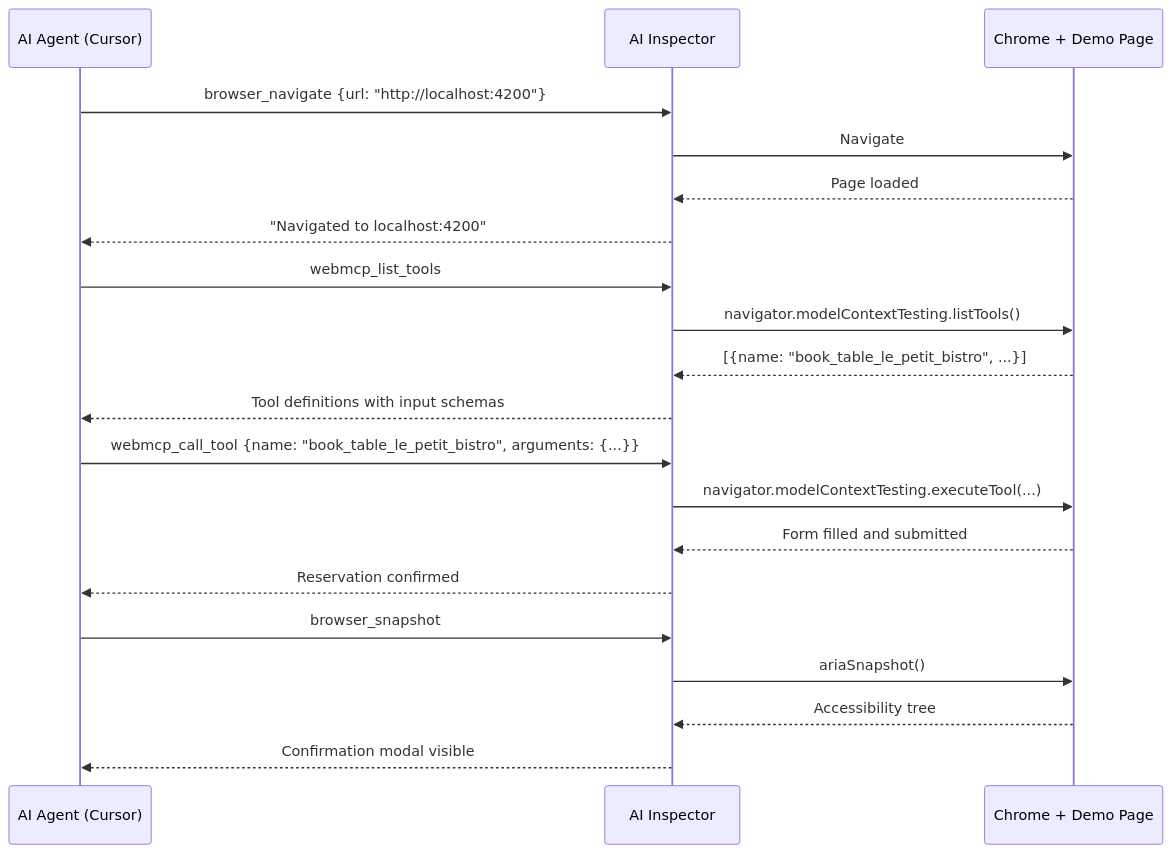
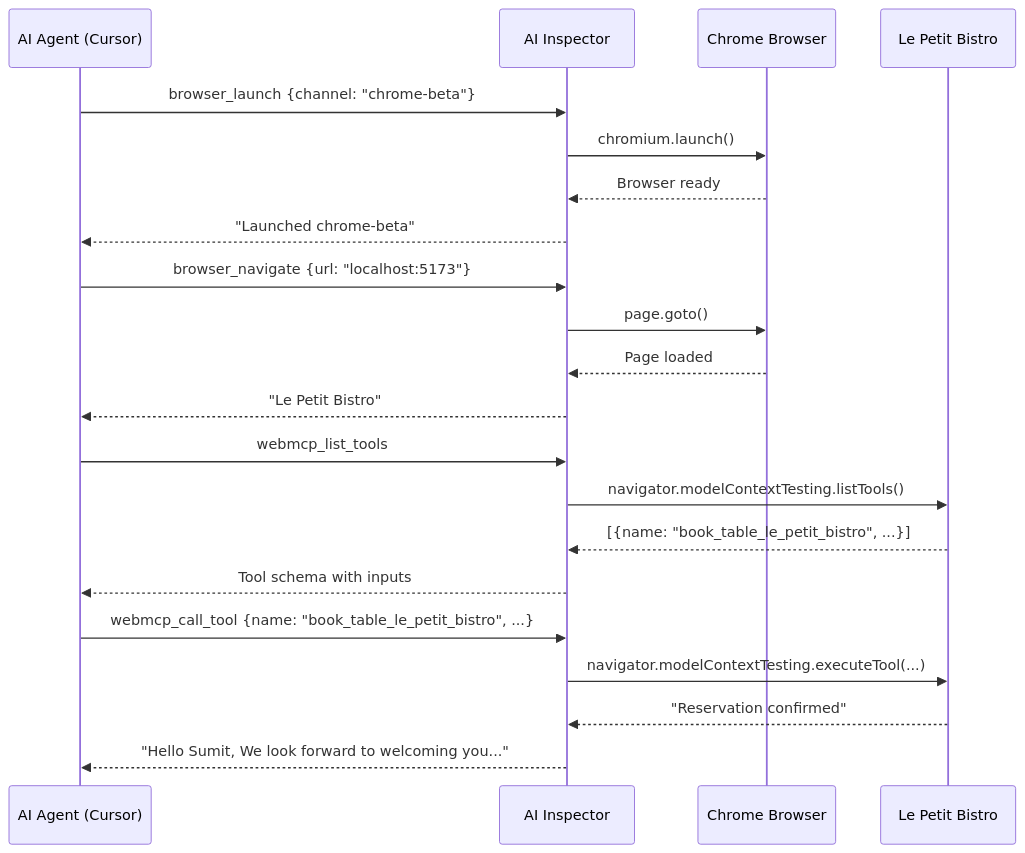
One commit to tech-sumit/react-webmcp changed the fourth of 5 diagrams in projects/webmcp/ai-inspector-server/README.md. Above: the diagram before and after it, drawn with Mermaid. The commit also changed other lines of this file and 8 other files, not shown here.

First line of the commit message:
feat: add stdio transport and browser launch mode to ai-inspector-server

````diff
--- a/projects/webmcp/ai-inspector-server/README.md
+++ b/projects/webmcp/ai-inspector-server/README.md
@@ -419,26 +366,27 @@
 ```mermaid
 sequenceDiagram
     participant Agent as AI Agent (Cursor)
     participant MCP as AI Inspector
-    participant Chrome as Chrome + Demo Page
+    participant Chrome as Chrome Browser
+    participant Page as Le Petit Bistro
 
-    Agent->>MCP: browser_navigate {url: "http://localhost:4200"}
-    MCP->>Chrome: Navigate
+    Agent->>MCP: browser_launch {channel: "chrome-beta"}
+    MCP->>Chrome: chromium.launch()
+    Chrome-->>MCP: Browser ready
+    MCP-->>Agent: "Launched chrome-beta"
+
+    Agent->>MCP: browser_navigate {url: "localhost:5173"}
+    MCP->>Chrome: page.goto()
     Chrome-->>MCP: Page loaded
-    MCP-->>Agent: "Navigated to localhost:4200"
+    MCP-->>Agent: "Le Petit Bistro"
 
     Agent->>MCP: webmcp_list_tools
-    MCP->>Chrome: navigator.modelContextTesting.listTools()
-    Chrome-->>MCP: [{name: "book_table_le_petit_bistro", ...}]
-    MCP-->>Agent: Tool definitions with input schemas
+    MCP->>Page: navigator.modelContextTesting.listTools()
+    Page-->>MCP: [{name: "book_table_le_petit_bistro", ...}]
+    MCP-->>Agent: Tool schema with inputs
 
-    Agent->>MCP: webmcp_call_tool {name: "book_table_le_petit_bistro", arguments: {...}}
-    MCP->>Chrome: navigator.modelContextTesting.executeTool(...)
-    Chrome-->>MCP: Form filled and submitted
-    MCP-->>Agent: Reservation confirmed
-
-    Agent->>MCP: browser_snapshot
-    MCP->>Chrome: ariaSnapshot()
-    Chrome-->>MCP: Accessibility tree
-    MCP-->>Agent: Confirmation modal visible
+    Agent->>MCP: webmcp_call_tool {name: "book_table_le_petit_bistro", ...}
+    MCP->>Page: navigator.modelContextTesting.executeTool(...)
+    Page-->>MCP: "Reservation confirmed"
+    MCP-->>Agent: "Hello Sumit, We look forward to welcoming you..."
 ```
````
